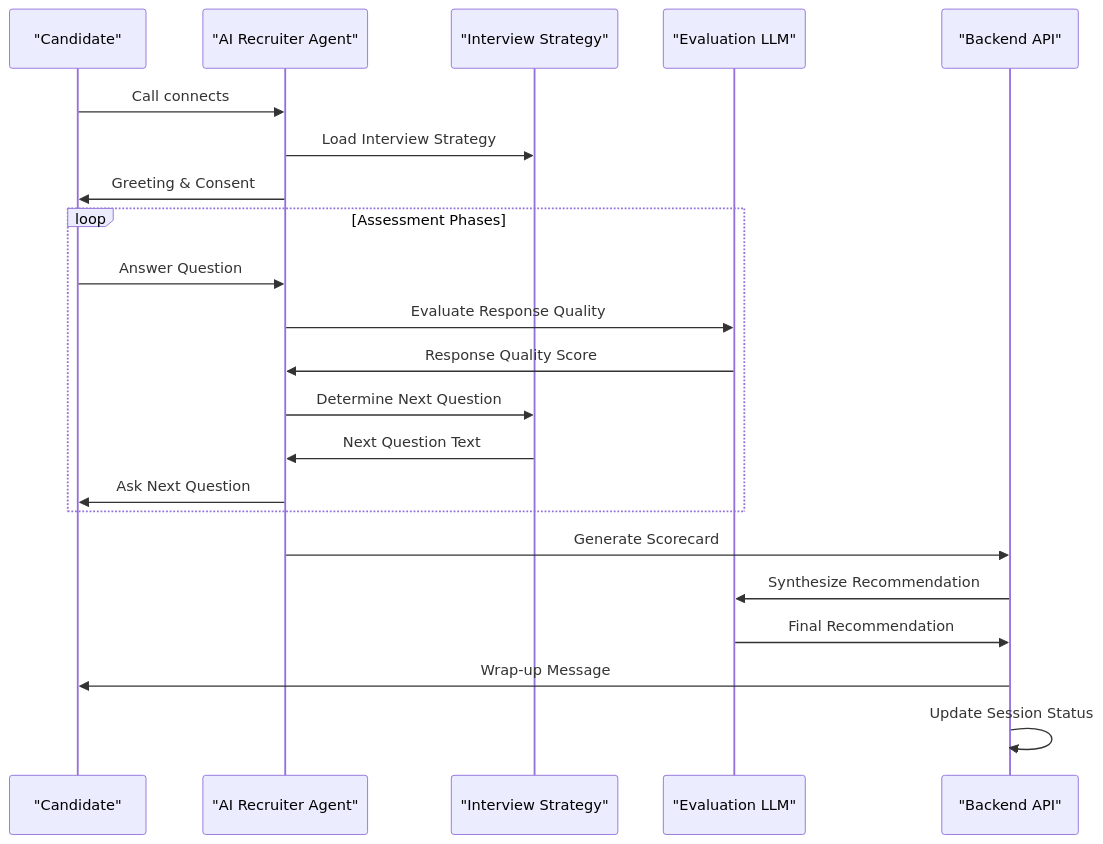
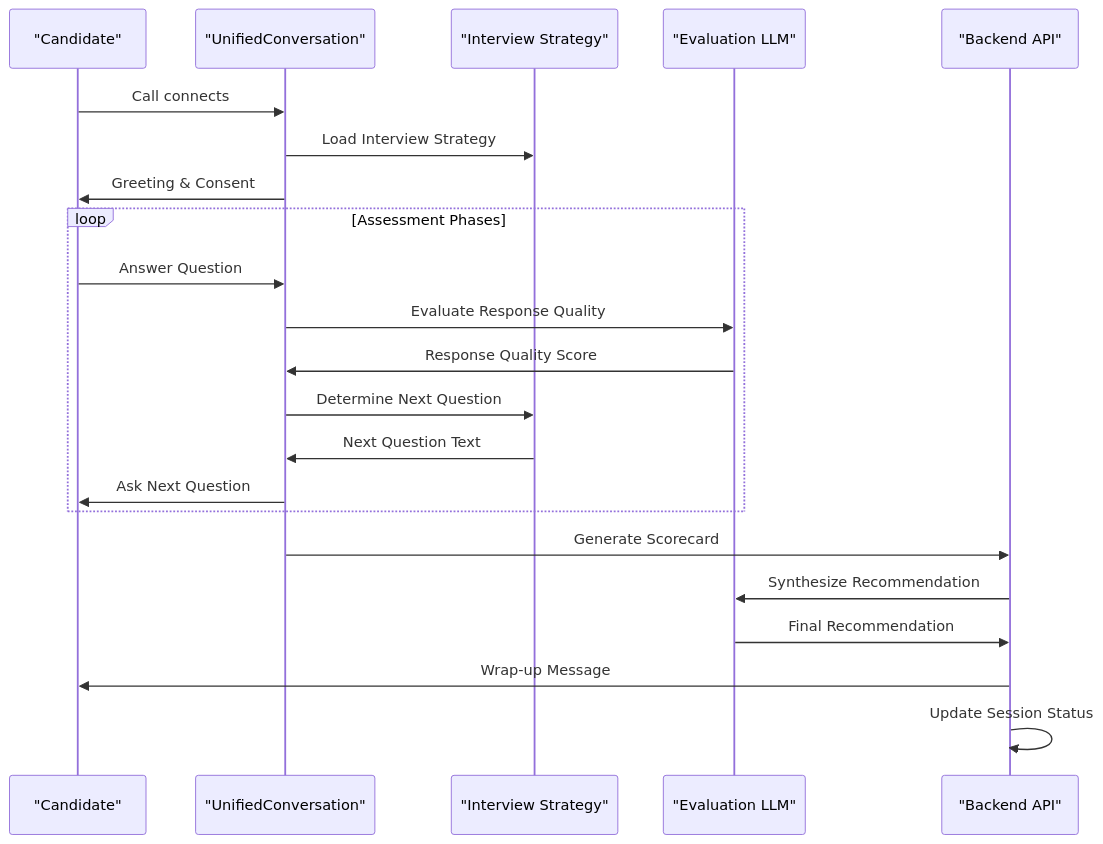
Before and after one commit to Revanththetalogics/aireume: diagram 18 of 19 in .qoder/repowiki/en/content/Advanced Topics/Voice Agent Conversation System.md, drawn with Mermaid. The commit also changed other lines of this file and 32 other files, not shown here.

````diff
--- a/.qoder/repowiki/en/content/Advanced Topics/Voice Agent Conversation System.md
+++ b/.qoder/repowiki/en/content/Advanced Topics/Voice Agent Conversation System.md
@@ -891,24 +1114,24 @@
 ```mermaid
 sequenceDiagram
 participant Candidate as "Candidate"
-participant RecruiterAgent as "AI Recruiter Agent"
+participant UnifiedConv as "UnifiedConversation"
 participant Strategy as "Interview Strategy"
 participant LLM as "Evaluation LLM"
 participant Backend as "Backend API"
-Candidate->>RecruiterAgent : Call connects
-RecruiterAgent->>Strategy : Load Interview Strategy
-RecruiterAgent->>Candidate : Greeting & Consent
+Candidate->>UnifiedConv : Call connects
+UnifiedConv->>Strategy : Load Interview Strategy
+UnifiedConv->>Candidate : Greeting & Consent
 loop Assessment Phases
-Candidate->>RecruiterAgent : Answer Question
-RecruiterAgent->>LLM : Evaluate Response Quality
-LLM->>RecruiterAgent : Response Quality Score
-RecruiterAgent->>Strategy : Determine Next Question
-Strategy->>RecruiterAgent : Next Question Text
-RecruiterAgent->>Candidate : Ask Next Question
+Candidate->>UnifiedConv : Answer Question
+UnifiedConv->>LLM : Evaluate Response Quality
+LLM->>UnifiedConv : Response Quality Score
+UnifiedConv->>Strategy : Determine Next Question
+Strategy->>UnifiedConv : Next Question Text
+UnifiedConv->>Candidate : Ask Next Question
 end
-RecruiterAgent->>Backend : Generate Scorecard
+UnifiedConv->>Backend : Generate Scorecard
 Backend->>LLM : Synthesize Recommendation
 LLM->>Backend : Final Recommendation
 Backend->>Candidate : Wrap-up Message
 Backend->>Backend : Update Session Status
 ```
````
